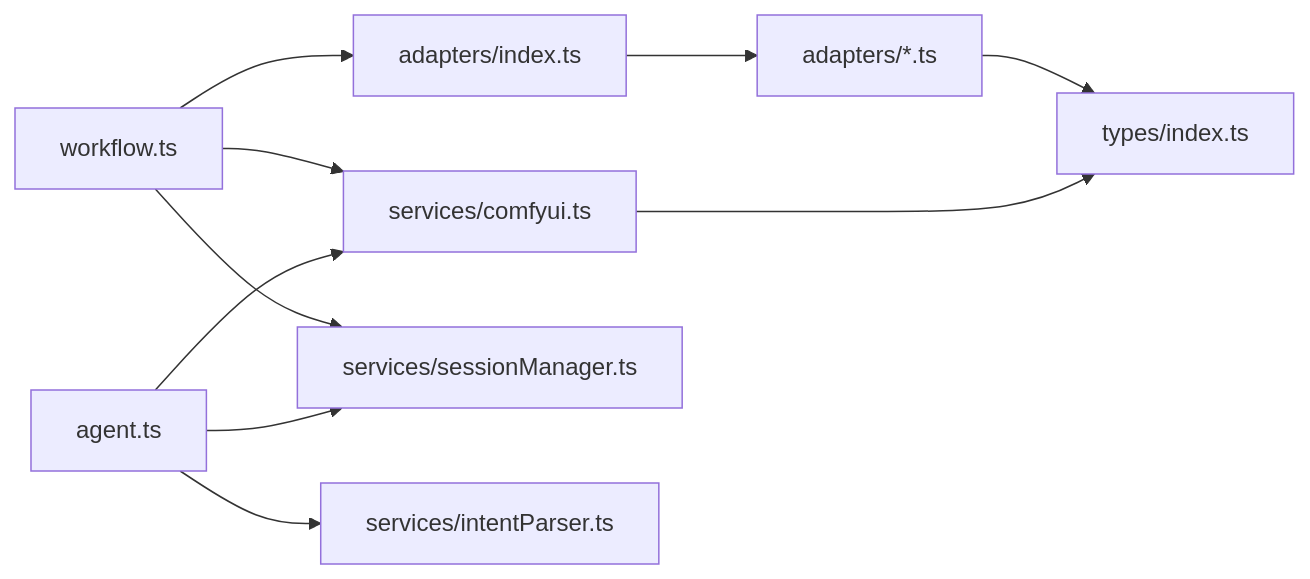
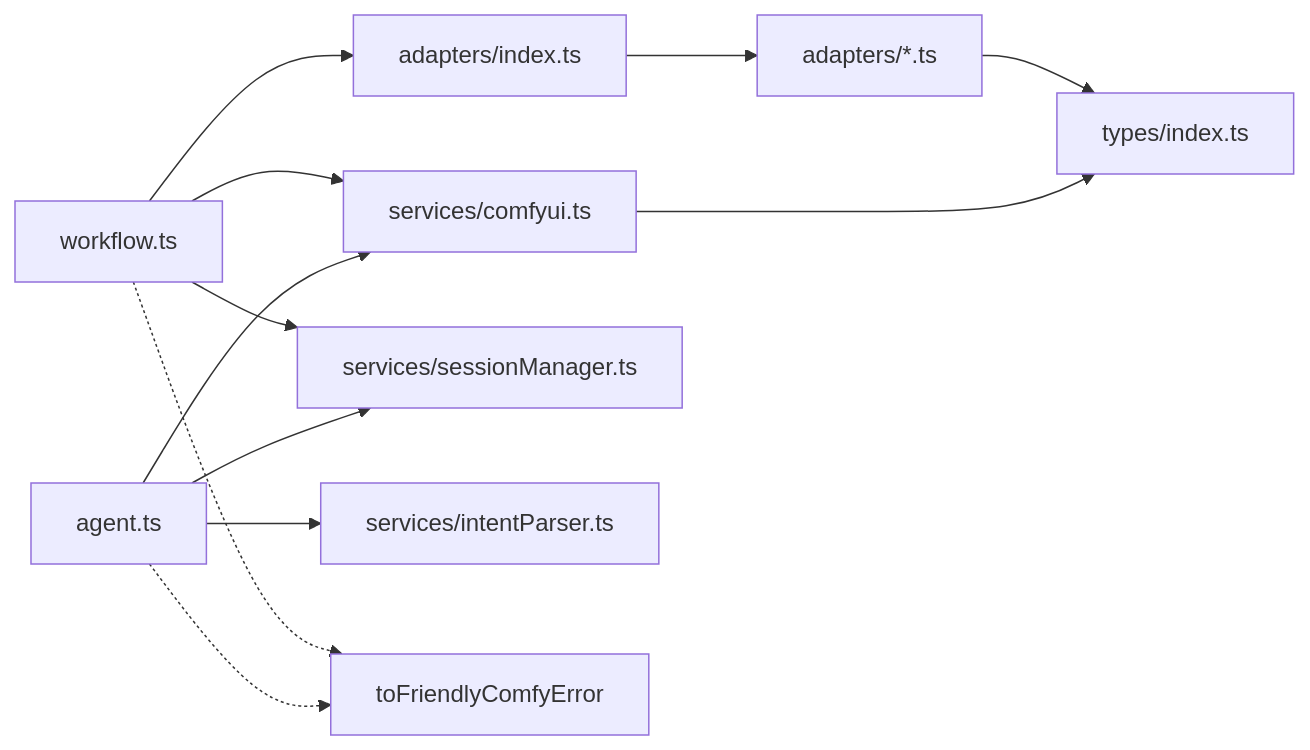
Diagram 12 of 12 in .qoder/repowiki/zh/content/后端服务/工作流路由.md (billye220670/CorineKit_Pix2Real), drawn with Mermaid before and after one commit. The commit also changed other lines of this file and 73 other files, not shown here.

````diff
--- a/.qoder/repowiki/zh/content/后端服务/工作流路由.md
+++ b/.qoder/repowiki/zh/content/后端服务/工作流路由.md
@@ -615,12 +671,14 @@
 ```mermaid
 graph LR
 WF["workflow.ts"] --> ADIDX["adapters/index.ts"]
 WF --> CUIS["services/comfyui.ts"]
 WF --> SM["services/sessionManager.ts"]
 RAG["agent.ts"] --> IP["services/intentParser.ts"]
 RAG --> CUIS
 RAG --> SM
 ADIDX --> WAdapters["adapters/*.ts"]
 WAdapters --> Types["types/index.ts"]
 CUIS --> Types
+WF -.-> FriendlyErr["toFriendlyComfyError"]
+RAG -.-> FriendlyErr
 ```
````
